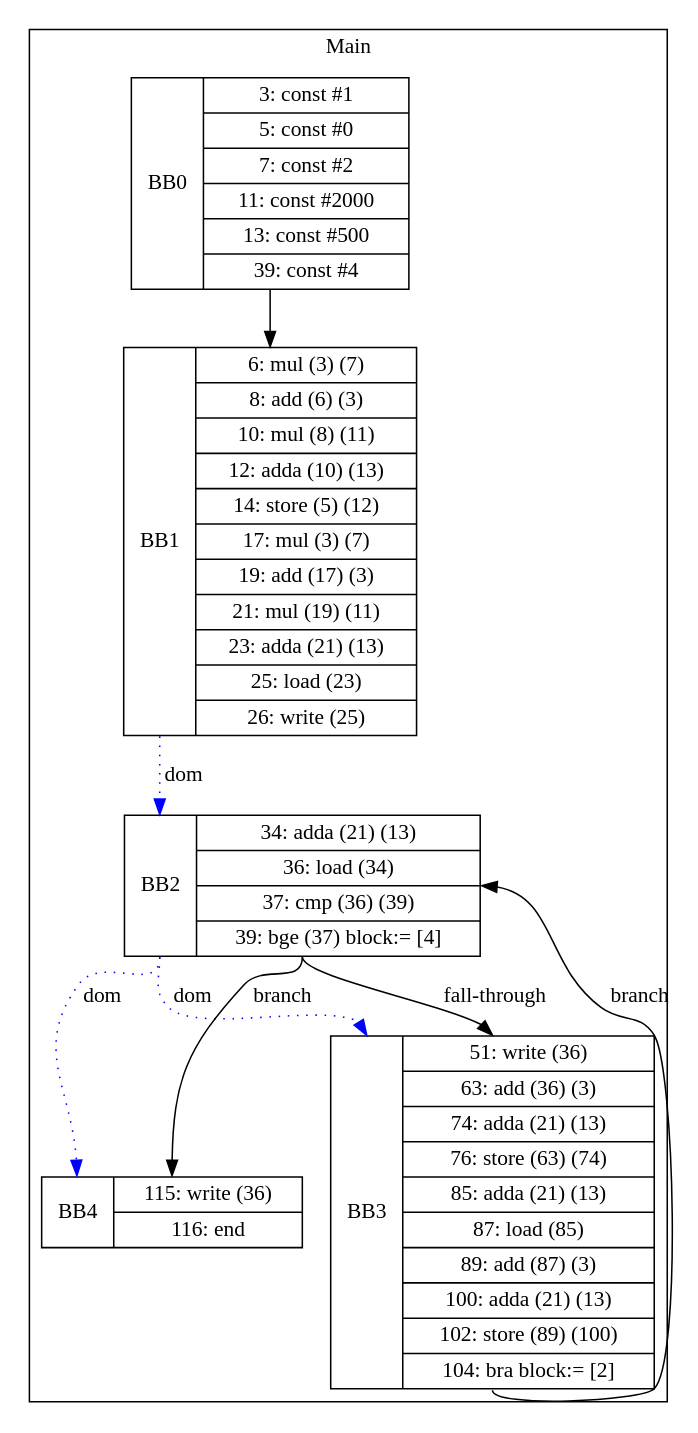
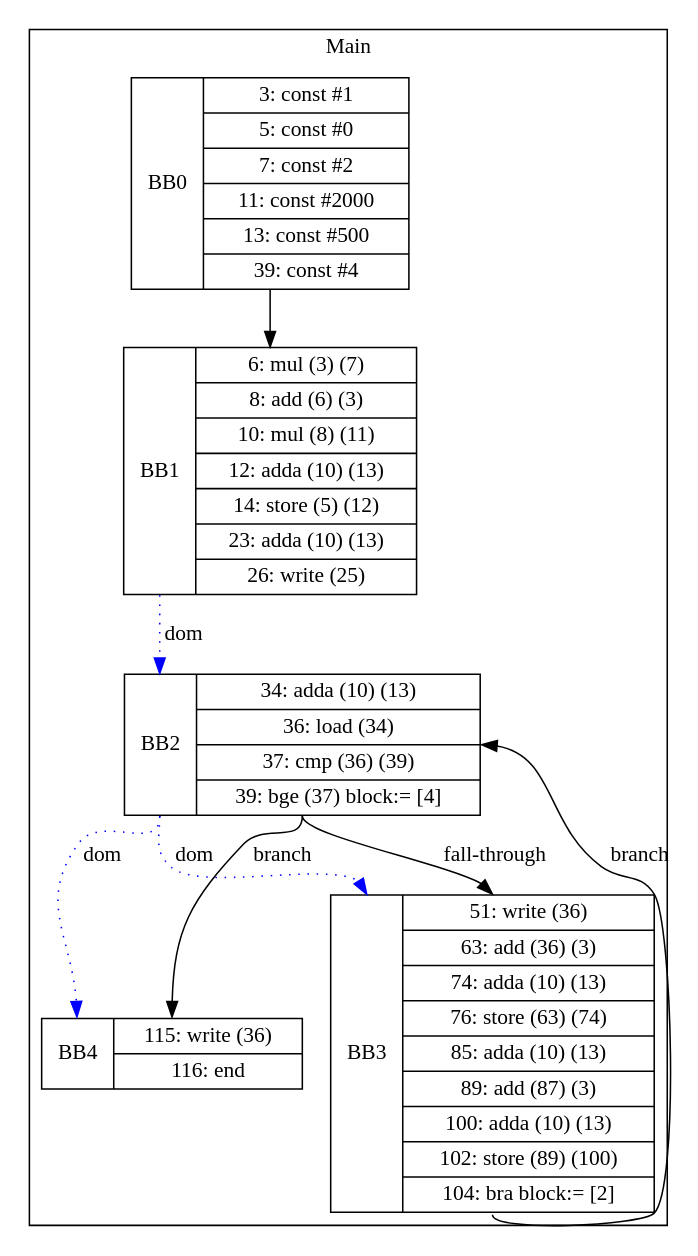
One commit to zjc664656505/UCI-CS241-Advanced-Compiler-main changed the diagram in visualization/Yunpeng/array_kill_while.gv. Above: the diagram before and after it, drawn with Graphviz. The commit also changed 28 other files, not shown here.

```diff
--- a/visualization/Yunpeng/array_kill_while.gv
+++ b/visualization/Yunpeng/array_kill_while.gv
@@ -1,18 +1,18 @@
 digraph G {
 node [shape=record];
 subgraph cluster_main{
 label = "Main";
 BB0 [shape=record, label="<b>BB0|{3: const #1|5: const #0|7: const #2|11: const #2000|13: const #500|39: const #4}"];
-BB1 [shape=record, label="<b>BB1|{6: mul (3) (7)|8: add (6) (3)|10: mul (8) (11)|12: adda (10) (13)|14: store (5) (12)|17: mul (3) (7)|19: add (17) (3)|21: mul (19) (11)|23: adda (21) (13)|25: load (23)|26: write (25)}"];
-BB2 [shape=record, label="<b>BB2|{34: adda (21) (13)|36: load (34)|37: cmp (36) (39)|39: bge (37) block:= [4]}"];
-BB3 [shape=record, label="<b>BB3|{51: write (36)|63: add (36) (3)|74: adda (21) (13)|76: store (63) (74)|85: adda (21) (13)|87: load (85)|89: add (87) (3)|100: adda (21) (13)|102: store (89) (100)|104: bra block:= [2]}"];
+BB1 [shape=record, label="<b>BB1|{6: mul (3) (7)|8: add (6) (3)|10: mul (8) (11)|12: adda (10) (13)|14: store (5) (12)|23: adda (10) (13)|26: write (25)}"];
+BB2 [shape=record, label="<b>BB2|{34: adda (10) (13)|36: load (34)|37: cmp (36) (39)|39: bge (37) block:= [4]}"];
+BB3 [shape=record, label="<b>BB3|{51: write (36)|63: add (36) (3)|74: adda (10) (13)|76: store (63) (74)|85: adda (10) (13)|89: add (87) (3)|100: adda (10) (13)|102: store (89) (100)|104: bra block:= [2]}"];
 BB4 [shape=record, label="<b>BB4|{115: write (36)|116: end}"];
 }
 BB0:s -> BB1:n ;
 BB2:b -> BB3:b [color=blue, style=dotted, label="dom"];
 BB2:b -> BB4:b [color=blue, style=dotted, label="dom"];
 BB1:b -> BB2:b [color=blue, style=dotted, label="dom"];
 BB2:s -> BB4:n [label="branch"];
 BB3:s -> BB2:e [label="branch"];
 BB2:s -> BB3:n [label="fall-through"];
 }
```
